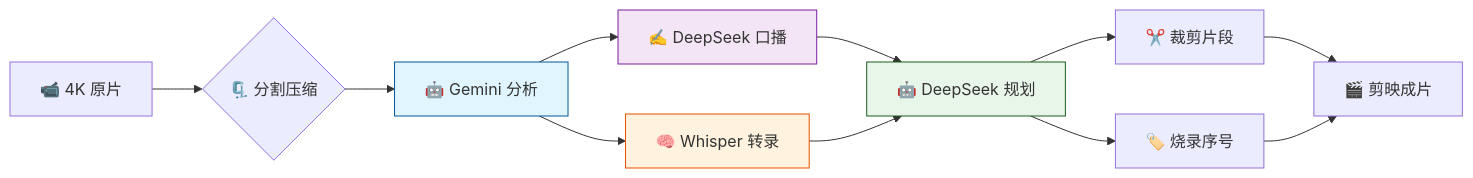
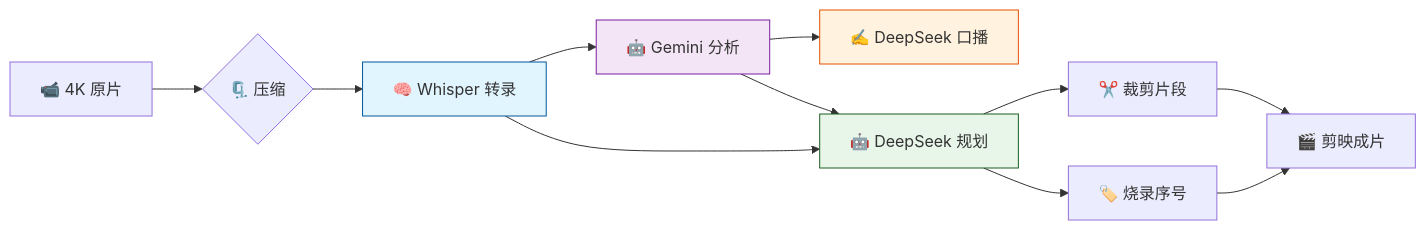
Before and after one commit to Leisurelybear/clio: the diagram in README.md, drawn with Mermaid. The commit also changed other lines of this file and 15 other files, not shown here.

````diff
--- a/README.md
+++ b/README.md
@@ -79,17 +79,17 @@
 ```mermaid
 graph LR
-    A[📹 4K 原片] --> B{🗜️ 分割压缩}
-    B --> C[🤖 Gemini 分析]
-    C --> D[✍️ DeepSeek 口播]
-    C --> E[🧠 Whisper 转录]
+    A[📹 4K 原片] --> B{🗜️ 压缩}
+    B --> C[🧠 Whisper 转录]
+    C --> D[🤖 Gemini 分析]
+    D --> E[✍️ DeepSeek 口播]
     D --> F[🤖 DeepSeek 规划]
-    E --> F
+    C --> F
     F --> G[✂️ 裁剪片段]
     F --> H[🏷️ 烧录序号]
     G & H --> I[🎬 剪映成片]
 
     style C fill:#e1f5fe,stroke:#01579b
     style D fill:#f3e5f5,stroke:#7b1fa2
     style E fill:#fff3e0,stroke:#e65100
     style F fill:#e8f5e9,stroke:#1b5e20
 ```
````
